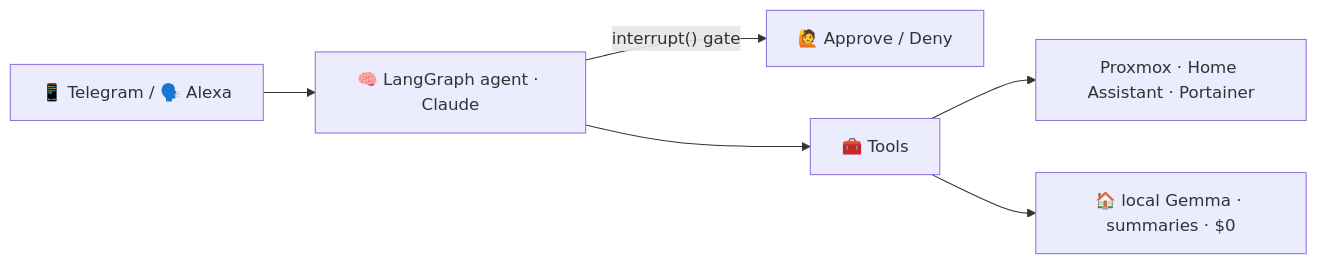
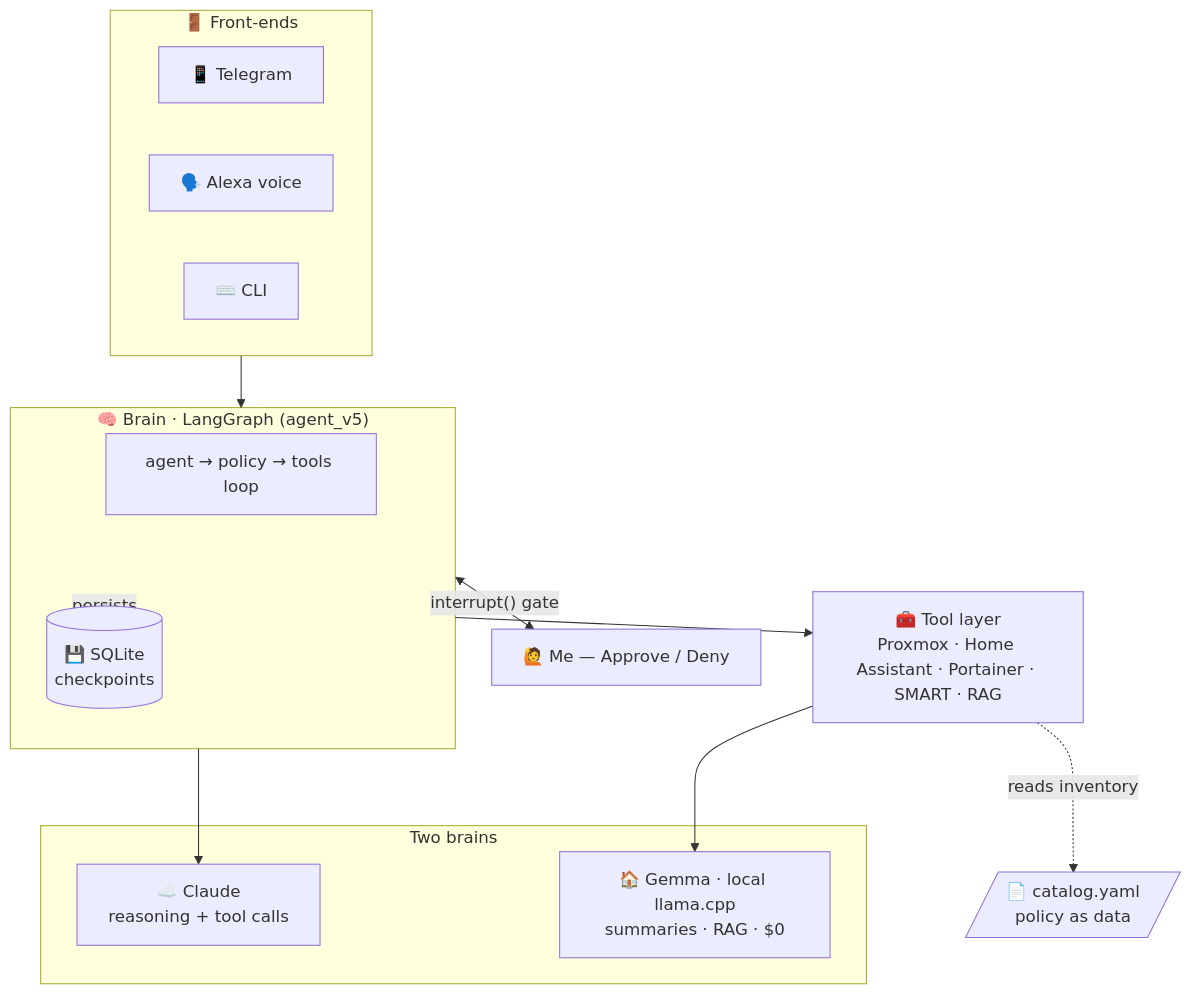
The first of 5 diagrams in README.md (naveen6gowda/Portfolio), drawn with Mermaid before and after one commit. The commit also changed other lines of this file, not shown here.

First line of the commit message:
Restructure portfolio: combine PCB + ESPHome sections, add agent diagrams, visual polish

````diff
--- a/README.md
+++ b/README.md
@@ -62,8 +81,30 @@
 ```mermaid
-flowchart LR
-    U["📱 Telegram / 🗣️ Alexa"] --> B["🧠 LangGraph agent · Claude"]
-    B -->|"interrupt() gate"| H["🙋 Approve / Deny"]
-    B --> T["🧰 Tools"]
-    T --> P["Proxmox · Home Assistant · Portainer"]
-    T --> G["🏠 local Gemma · summaries · $0"]
+flowchart TD
+    subgraph FE["🚪 Front-ends"]
+        TG["📱 Telegram"]
+        VO["🗣️ Alexa voice"]
+        CL["⌨️ CLI"]
+    end
+
+    subgraph BR["🧠 Brain · LangGraph (agent_v5)"]
+        LG["agent → policy → tools loop"]
+        CP[("💾 SQLite<br/>checkpoints")]
+    end
+
+    subgraph MB["Two brains"]
+        CLAUDE["☁️ Claude<br/>reasoning + tool calls"]
+        GEMMA["🏠 Gemma · local llama.cpp<br/>summaries · RAG · $0"]
+    end
+
+    TL["🧰 Tool layer<br/>Proxmox · Home Assistant · Portainer · SMART · RAG"]
+    CAT[/"📄 catalog.yaml<br/>policy as data"/]
+    HUMAN["🙋 Me — Approve / Deny"]
+
+    FE --> BR
+    BR --> CLAUDE
+    BR <-->|"interrupt() gate"| HUMAN
+    BR --> TL
+    TL --> GEMMA
+    TL -. reads inventory .-> CAT
+    BR -. persists .-> CP
 ```
````
